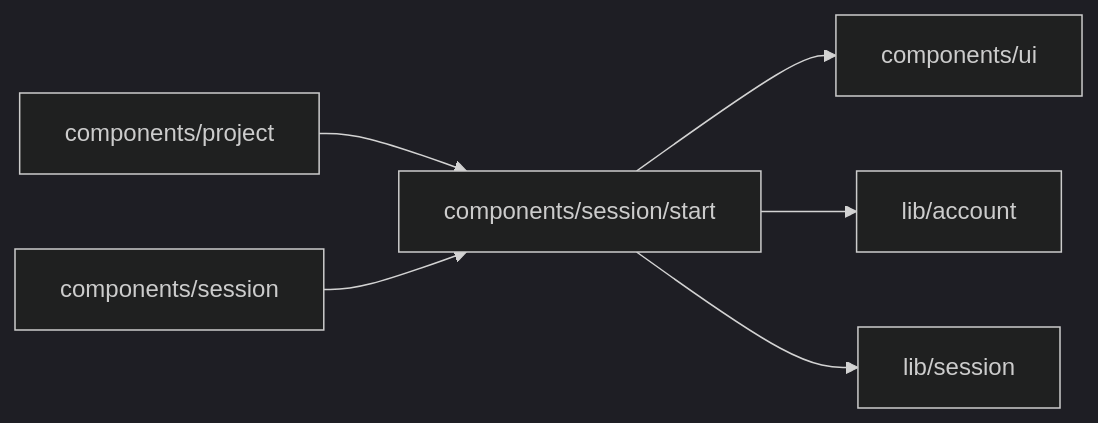
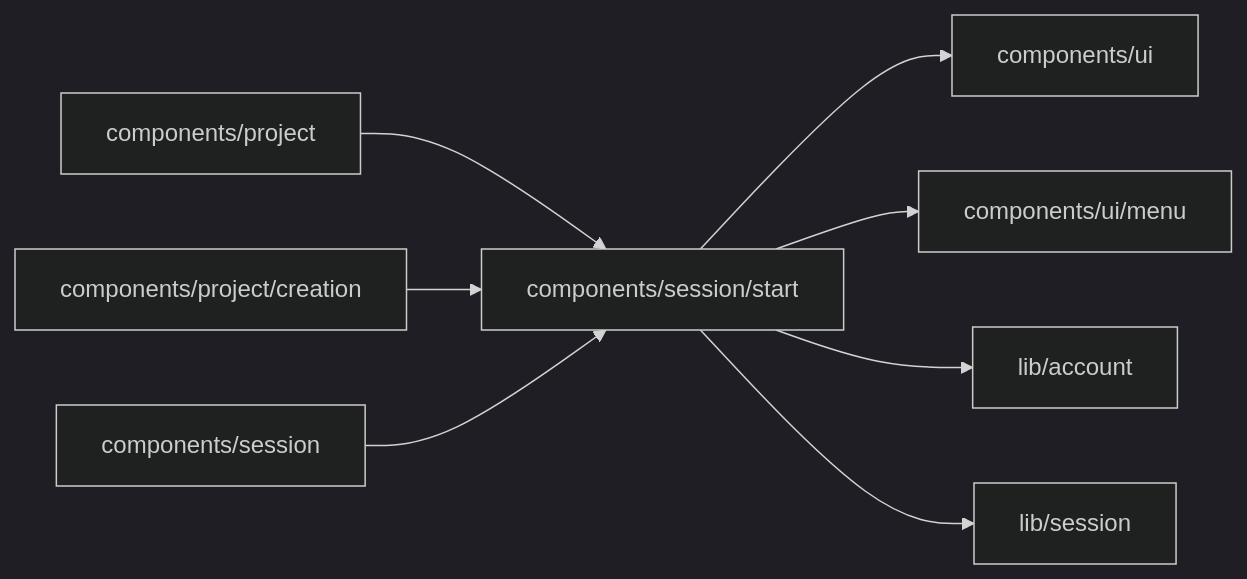
The diagram in web/studio/components/session/start/README.md (superdurable/superverse), drawn with Mermaid (dark theme) before and after one commit. The commit also changed other lines of this file and 47 other files, not shown here.

````diff
--- a/web/studio/components/session/start/README.md
+++ b/web/studio/components/session/start/README.md
@@ -10,9 +10,11 @@
 ```mermaid
 flowchart LR
   self["components/session/start"]
   c0["components/project"] --> self
-  c1["components/session"] --> self
+  c1["components/project/creation"] --> self
+  c2["components/session"] --> self
   self --> d0["components/ui"]
-  self --> d1["lib/account"]
-  self --> d2["lib/session"]
+  self --> d1["components/ui/menu"]
+  self --> d2["lib/account"]
+  self --> d3["lib/session"]
 ```
````
